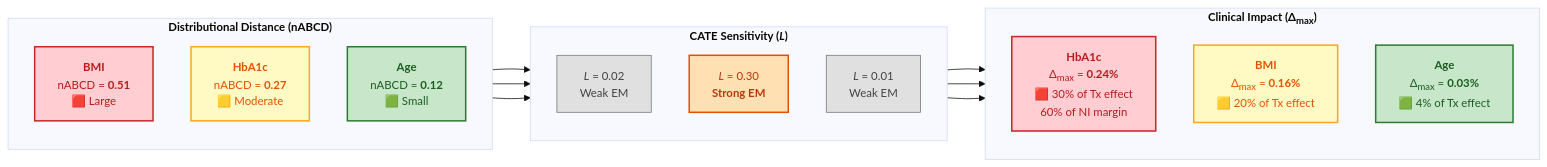
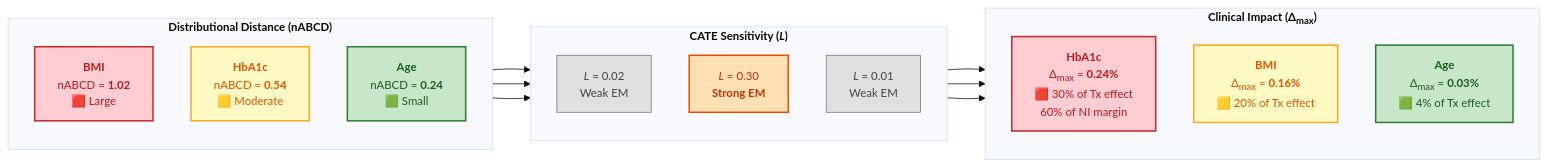
The diagram in projects/similarity-metric/paper/slides/fig_ranking_reversal.mmd (tnagakubo/similarity_metrics), drawn with Mermaid before and after one commit. The commit also changed 13 other files, not shown here.

```diff
--- a/projects/similarity-metric/paper/slides/fig_ranking_reversal.mmd
+++ b/projects/similarity-metric/paper/slides/fig_ranking_reversal.mmd
@@ -1,46 +1,46 @@
 %%{ init: { 'theme': 'base', 'themeVariables': { 'fontSize': '15px' } } }%%
 flowchart LR
     %% ===== Title =====
     %% Ranking Reversal: Why nABCD alone is insufficient
 
     subgraph LEFT["<b>Distributional Distance (nABCD)</b>"]
         direction TB
-        BMI_D["<b>BMI</b><br/>nABCD = <b>0.51</b><br/>🟥 Large"]
-        HBA_D["<b>HbA1c</b><br/>nABCD = <b>0.27</b><br/>🟨 Moderate"]
-        AGE_D["<b>Age</b><br/>nABCD = <b>0.12</b><br/>🟩 Small"]
+        BMI_D["<b>BMI</b><br/>nABCD = <b>1.02</b><br/>🟥 Large"]
+        HBA_D["<b>HbA1c</b><br/>nABCD = <b>0.54</b><br/>🟨 Moderate"]
+        AGE_D["<b>Age</b><br/>nABCD = <b>0.24</b><br/>🟩 Small"]
     end
 
     subgraph MID["<b>CATE Sensitivity (<i>L</i>)</b>"]
         direction TB
         BMI_L["<i>L</i> = 0.02<br/>Weak EM"]
         HBA_L["<i>L</i> = 0.30<br/><b>Strong EM</b>"]
         AGE_L["<i>L</i> = 0.01<br/>Weak EM"]
     end
 
     subgraph RIGHT["<b>Clinical Impact (Δ<sub>max</sub>)</b>"]
         direction TB
         HBA_C["<b>HbA1c</b><br/>Δ<sub>max</sub> = <b>0.24%</b><br/>🟥 30% of Tx effect<br/>60% of NI margin"]
         BMI_C["<b>BMI</b><br/>Δ<sub>max</sub> = <b>0.16%</b><br/>🟨 20% of Tx effect"]
         AGE_C["<b>Age</b><br/>Δ<sub>max</sub> = <b>0.03%</b><br/>🟩 4% of Tx effect"]
     end
 
     BMI_D --> BMI_L --> BMI_C
     HBA_D --> HBA_L --> HBA_C
     AGE_D --> AGE_L --> AGE_C
 
     %% ===== Styling =====
     classDef highRisk fill:#FFCDD2,stroke:#C62828,stroke-width:2px,color:#B71C1C
     classDef medRisk fill:#FFF9C4,stroke:#F9A825,stroke-width:2px,color:#E65100
     classDef lowRisk fill:#C8E6C9,stroke:#2E7D32,stroke-width:2px,color:#1B5E20
     classDef neutral fill:#F5F5F5,stroke:#616161,stroke-width:1px,color:#212121
     classDef strongEM fill:#FFE0B2,stroke:#E65100,stroke-width:2px,color:#BF360C
     classDef weakEM fill:#E0E0E0,stroke:#757575,stroke-width:1px,color:#424242
 
     class BMI_D highRisk
     class HBA_D medRisk
     class AGE_D lowRisk
     class HBA_C highRisk
     class BMI_C medRisk
     class AGE_C lowRisk
     class HBA_L strongEM
     class BMI_L,AGE_L weakEM
```
